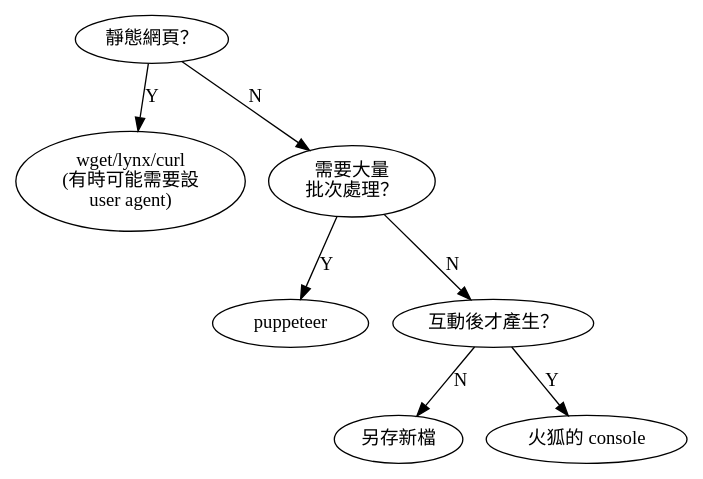
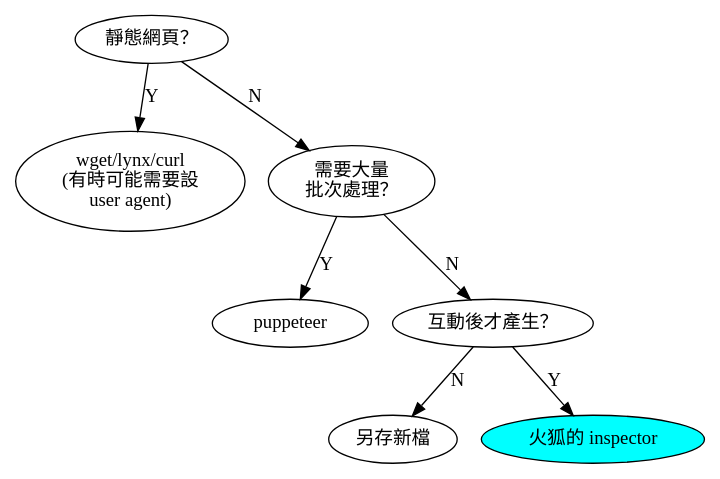
One commit to ckhung/ckhung.github.io changed the diagram in a/m/19/get-html.dot. Above: the diagram before and after it, drawn with Graphviz. The commit also changed 1 other file, not shown here.

```diff
--- a/a/m/19/get-html.dot
+++ b/a/m/19/get-html.dot
@@ -1,19 +1,19 @@
 digraph "如何下載 html 表格？" {
 
     overlap = scale;
 
     init [ label="靜態網頁？" ];
     wget [ label="wget/lynx/curl\n(有時可能需要設\nuser agent)" ];
     batch [ label="需要大量\n批次處理？"];
     puppeteer [ label="puppeteer" ];
     interactive [ label="互動後才產生？" ];
     save_as [ label="另存新檔" ];
-    console [ label="火狐的 console" ];
+    inspector [ label="火狐的 inspector"; style="filled"; fillcolor="cyan"; ];
 
     init -> wget [ label="Y" ];
     init -> batch [ label="N" ];
     batch -> puppeteer [ label="Y" ];
     batch -> interactive [ label="N" ];
     interactive -> save_as [ label="N" ];
-    interactive -> console [ label="Y" ];
+    interactive -> inspector [ label="Y" ];
 }
```
